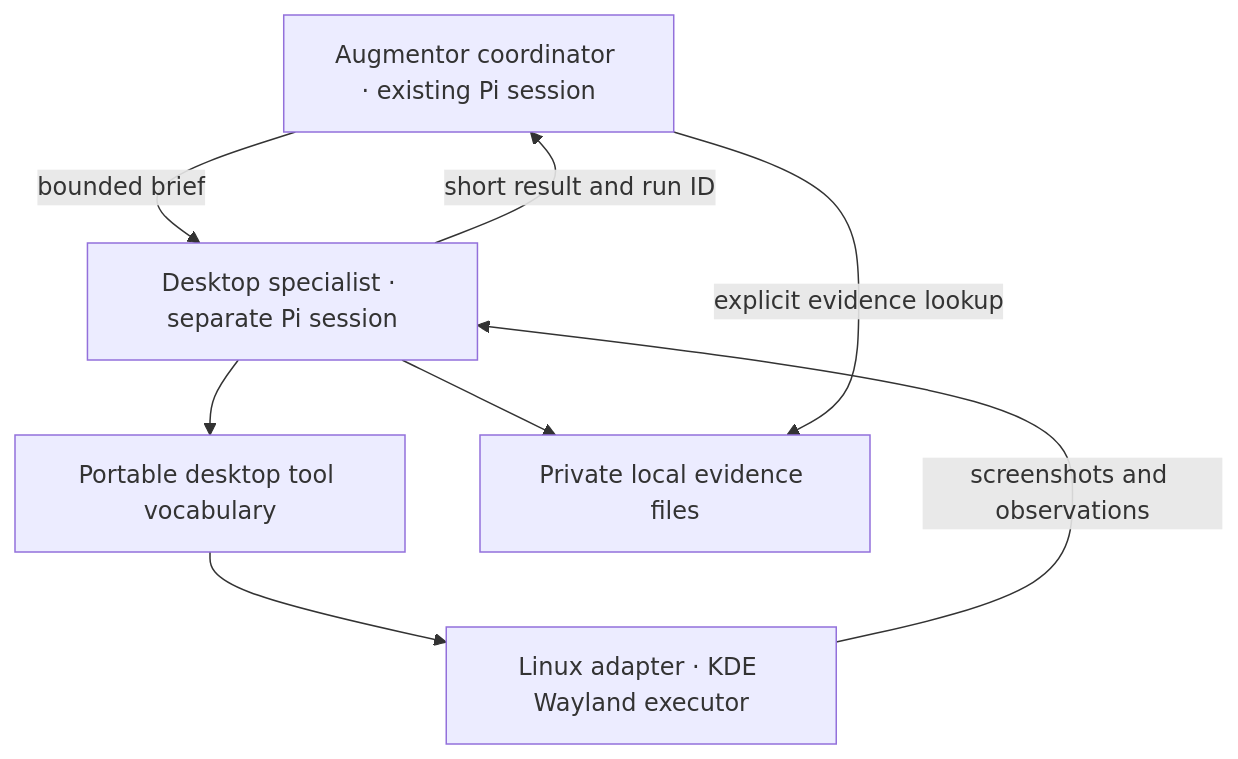
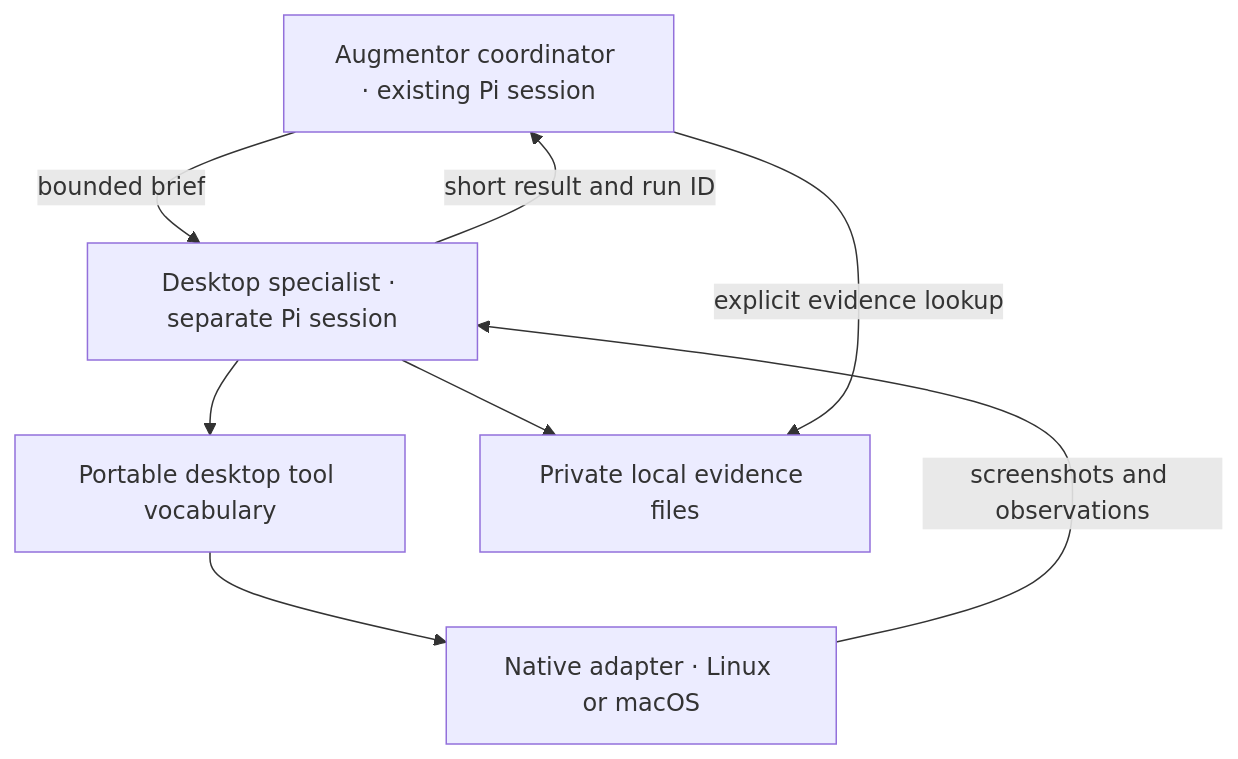
The diagram in docs/DESKTOP-SPECIALIST.md (ManoloRemiddi/augmentor-agent), drawn with Mermaid before and after one commit. The commit also changed other lines of this file and 20 other files, not shown here.

````diff
--- a/docs/DESKTOP-SPECIALIST.md
+++ b/docs/DESKTOP-SPECIALIST.md
@@ -30,10 +32,10 @@
 ```mermaid
 flowchart TD
     A[Augmentor coordinator · existing Pi session] -->|bounded brief| B[Desktop specialist · separate Pi session]
     B --> C[Portable desktop tool vocabulary]
-    C --> D[Linux adapter · KDE Wayland executor]
+    C --> D[Native adapter · Linux or macOS]
     D -->|screenshots and observations| B
     B --> E[Private local evidence files]
     B -->|short result and run ID| A
     A -->|explicit evidence lookup| E
 ```
````
